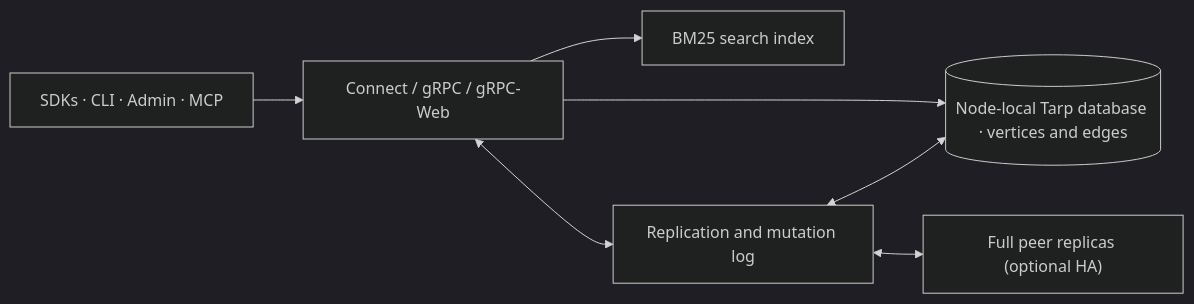
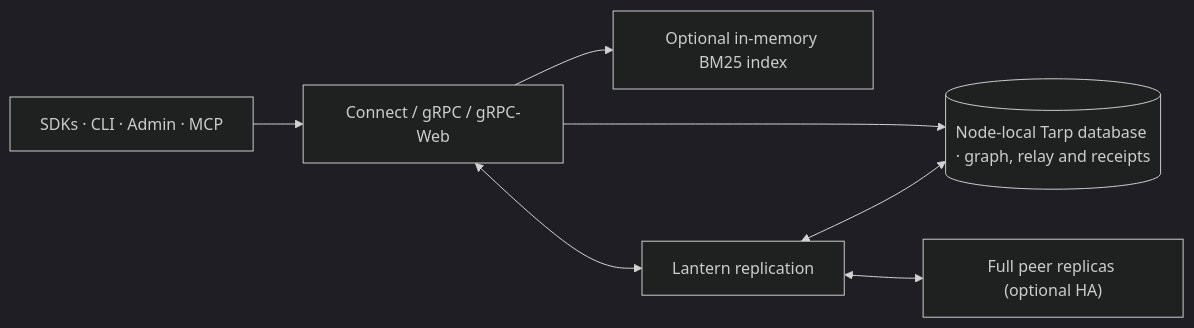
One commit to anaregdesign/lantern changed the second of 2 diagrams in README.md. Above: the diagram before and after it, drawn with Mermaid (dark theme). The commit also changed other lines of this file and 20 other files, not shown here.

````diff
--- a/README.md
+++ b/README.md
@@ -484,9 +497,9 @@
 ```mermaid
 flowchart LR
     C["SDKs · CLI · Admin · MCP"] --> S["Connect / gRPC / gRPC-Web"]
-    S --> G[("Node-local Tarp database · vertices and edges")]
-    S --> I["BM25 search index"]
-    S <--> R["Replication and mutation log"]
+    S --> G[("Node-local Tarp database · graph, relay and receipts")]
+    S --> I["Optional in-memory BM25 index"]
+    S <--> R["Lantern replication"]
     R <--> G
     R <--> P["Full peer replicas (optional HA)"]
 ```
````
